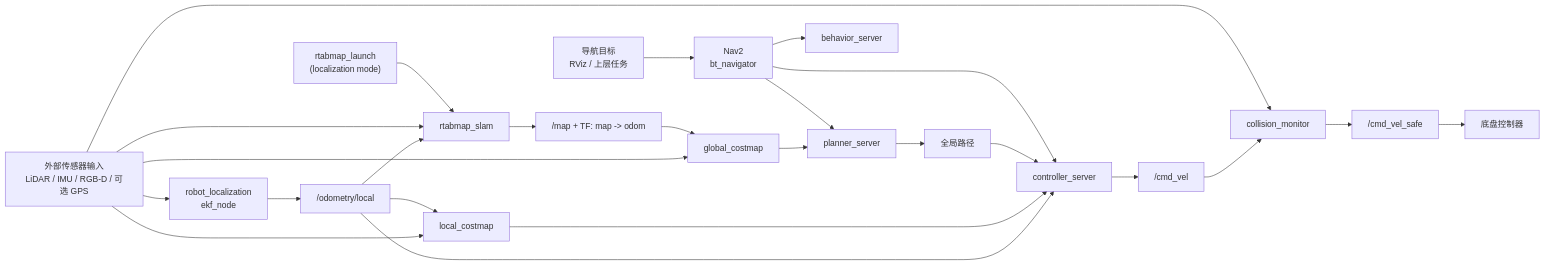
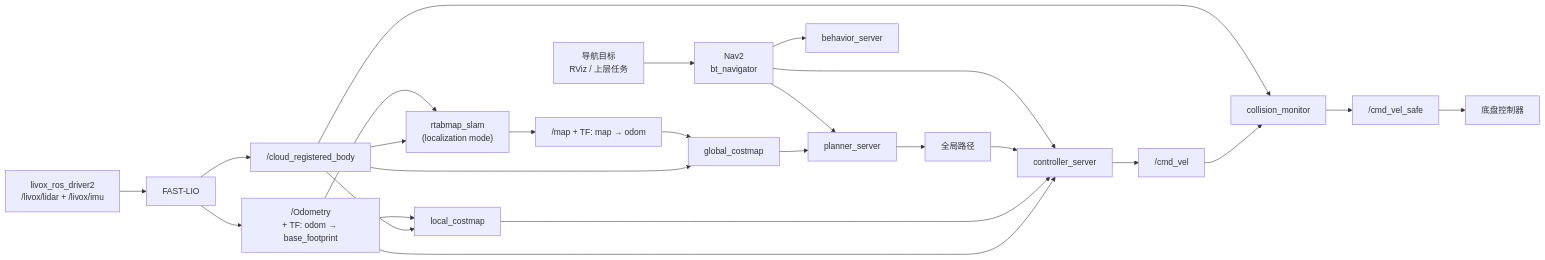
The first of 3 diagrams in README_NAV.md (aqing520/rtab-ros2), drawn with Mermaid before and after one commit. The commit also changed other lines of this file and 118 other files, not shown here.

Commit message:
重构建图链路代码

````diff
--- a/README_NAV.md
+++ b/README_NAV.md
@@ -30,32 +26,32 @@
 ```mermaid
 flowchart LR
-    SENSOR["外部传感器输入\nLiDAR / IMU / RGB-D / 可选 GPS"] --> EKF["robot_localization\nekf_node"]
-    EKF --> ODOM["/odometry/local"]
+    LIVOX["livox_ros_driver2\n/livox/lidar + /livox/imu"] --> FASTLIO["FAST-LIO"]
+    FASTLIO --> ODOM["/Odometry\n+ TF: odom → base_footprint"]
+    FASTLIO --> CLOUD["/cloud_registered_body"]
 
-    RTAB_LAUNCH["rtabmap_launch\n(localization mode)"] --> RTAB["rtabmap_slam"]
-    SENSOR --> RTAB
-    ODOM --> RTAB
-    RTAB --> MAP["/map + TF: map -> odom"]
+    ODOM --> RTAB["rtabmap_slam\n(localization mode)"]
+    CLOUD --> RTAB
+    RTAB --> MAP["/map + TF: map → odom"]
 
     GOAL["导航目标\nRViz / 上层任务"] --> BTN["Nav2\nbt_navigator"]
     BTN --> PLANNER["planner_server"]
     BTN --> CONTROLLER["controller_server"]
     BTN --> BEHAVIOR["behavior_server"]
 
     MAP --> GCOST["global_costmap"]
     ODOM --> LCOST["local_costmap"]
-    SENSOR --> GCOST
-    SENSOR --> LCOST
+    CLOUD --> GCOST
+    CLOUD --> LCOST
 
     GCOST --> PLANNER
     PLANNER --> PATH["全局路径"]
     PATH --> CONTROLLER
     LCOST --> CONTROLLER
     ODOM --> CONTROLLER
 
     CONTROLLER --> CMD["/cmd_vel"]
-    SENSOR --> CM["collision_monitor"]
+    CLOUD --> CM["collision_monitor"]
     CMD --> CM
     CM --> SAFE["/cmd_vel_safe"]
     SAFE --> BASE["底盘控制器"]
 ```
````
